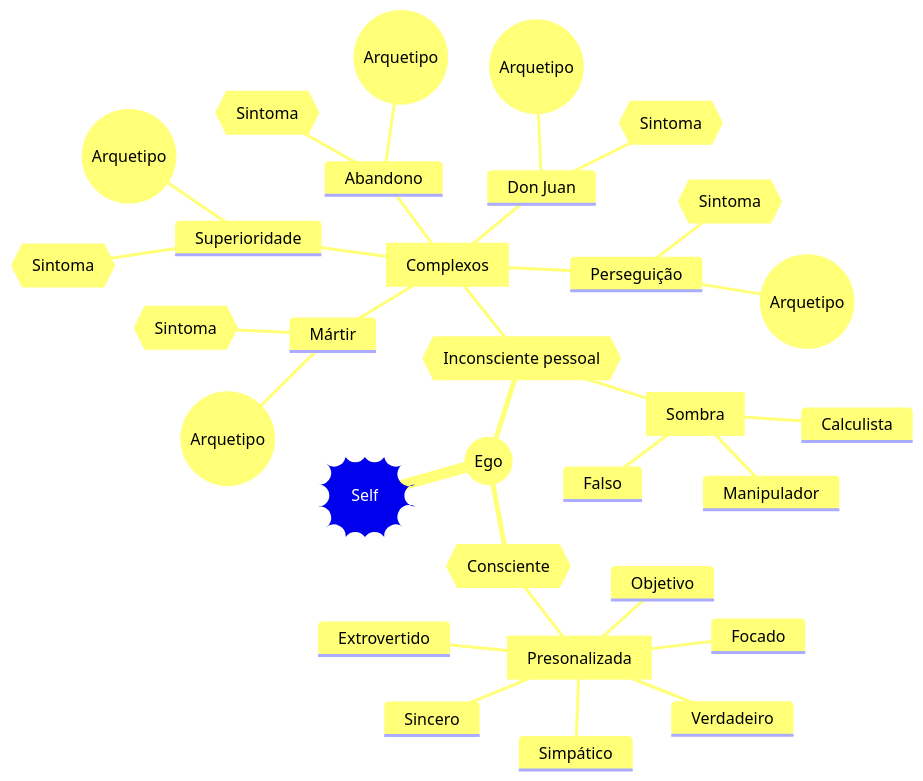
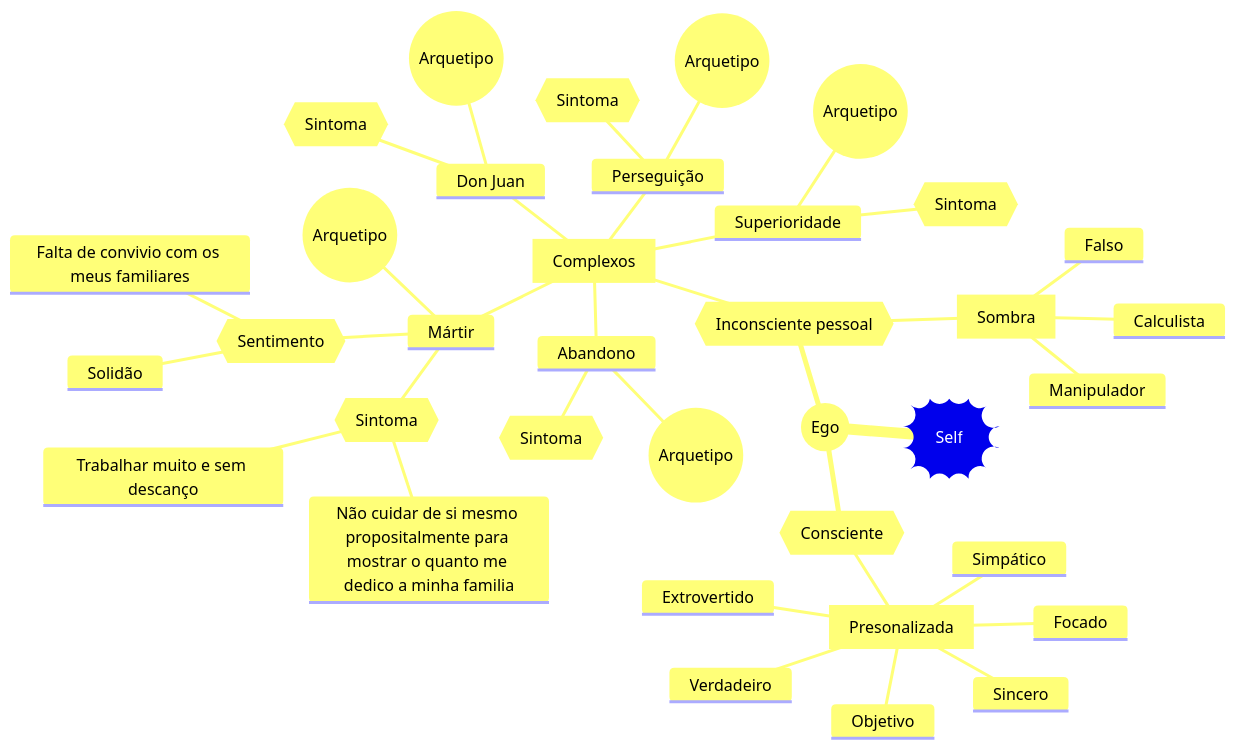
Before and after one commit to GovindaSystems/SoulPrint: the diagram in SoulMap.md, drawn with Mermaid.

````diff
--- a/SoulMap.md
+++ b/SoulMap.md
@@ -5,41 +5,43 @@
 ```mermaid
 mindmap
   root))Self((
     ::icon(fa fa-person)
     ((Ego))
         {{Consciente}}
             [Presonalizada]
             ::icon(fa fa-mask)
                 Simpático
                 Extrovertido
                 Focado
                 Objetivo
                 Sincero
                 Verdadeiro
         {{Inconsciente pessoal}}
             [Complexos]
             ::icon(fas fa-yin-yang)
                 Abandono
                     ((Arquetipo))
                     {{Sintoma}}
                 Mártir
                     ((Arquetipo))
                     {{Sintoma}}
+                        Trabalhar muito e sem descanço
+                        Não cuidar de si mesmo propositalmente para mostrar o quanto me dedico a minha familia
+                    {{Sentimento}}
+                        Solidão
+                        Falta de convivio com os meus familiares
                 Don Juan
                     ((Arquetipo))
                     {{Sintoma}}
                 Superioridade
                     ((Arquetipo))
                     {{Sintoma}}
                 Perseguição
                     ((Arquetipo))
                     {{Sintoma}}
-
             [Sombra]
             ::icon(fa fa-skull)
                 Falso
                 Manipulador
                 Calculista
-        
-            
 ```
````
